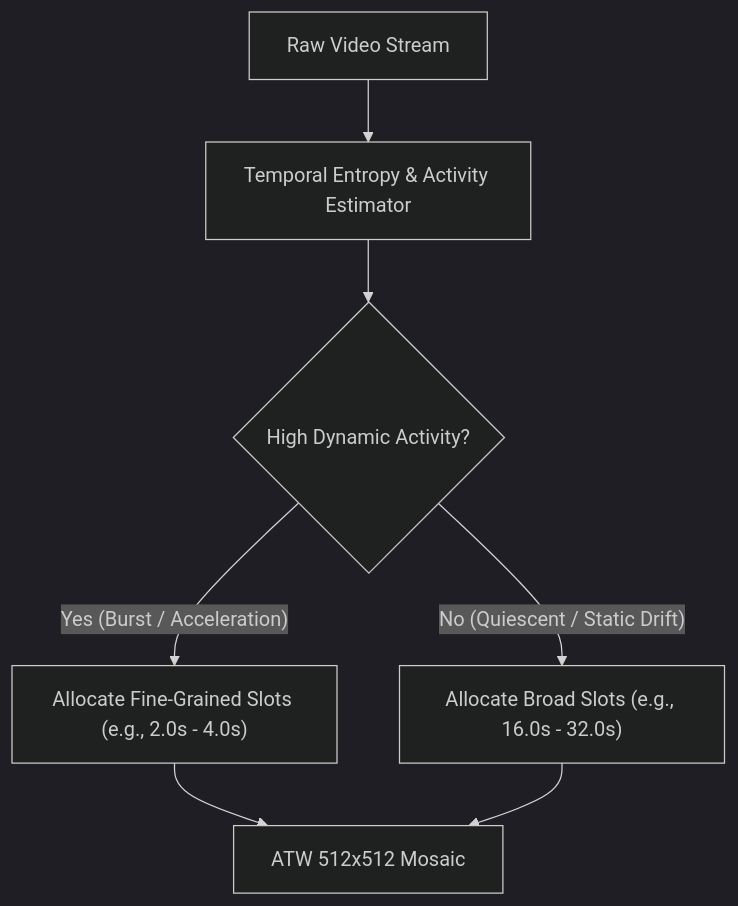
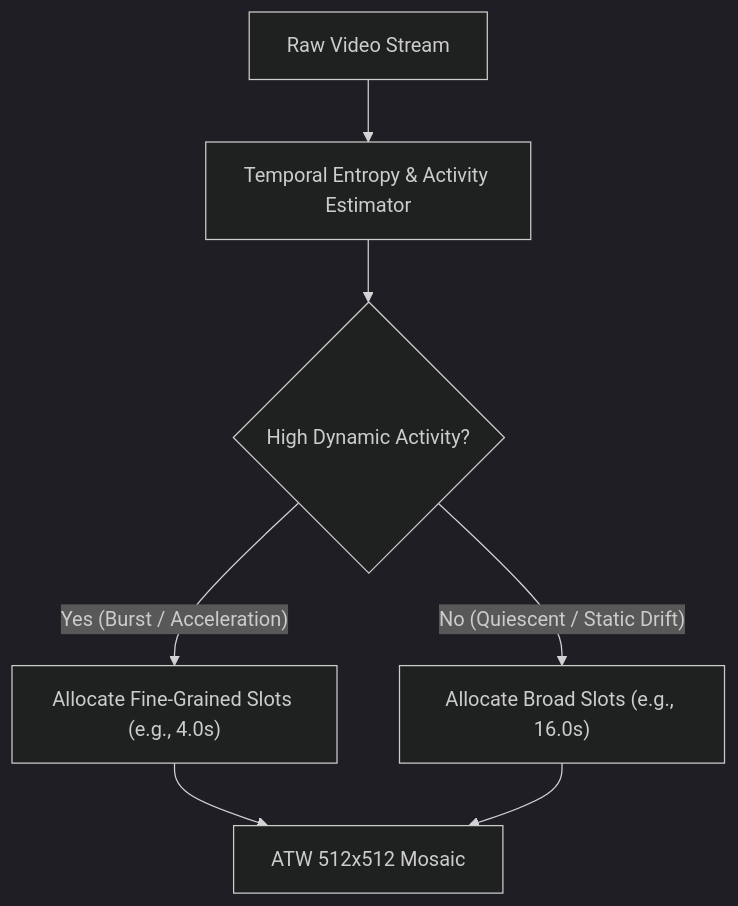
The third of 3 diagrams in docs/research/dimensional-images/README.md (joelaniol/nova), drawn with Mermaid (dark theme) before and after one commit. The commit also changed other lines of this file and 1 other file, not shown here.

````diff
--- a/docs/research/dimensional-images/README.md
+++ b/docs/research/dimensional-images/README.md
@@ -83,8 +83,8 @@
 ```mermaid
 flowchart TD
     Stream["Raw Video Stream"] --> Entropy["Temporal Entropy & Activity Estimator"]
     Entropy --> Split{"High Dynamic Activity?"}
-    Split -- "Yes (Burst / Acceleration)" --> Dense["Allocate Fine-Grained Slots (e.g., 2.0s - 4.0s)"]
-    Split -- "No (Quiescent / Static Drift)" --> Sparse["Allocate Broad Slots (e.g., 16.0s - 32.0s)"]
+    Split -- "Yes (Burst / Acceleration)" --> Dense["Allocate Fine-Grained Slots (e.g., 4.0s)"]
+    Split -- "No (Quiescent / Static Drift)" --> Sparse["Allocate Broad Slots (e.g., 16.0s)"]
     Dense & Sparse --> ATWMosaic["ATW 512x512 Mosaic"]
 ```
````
